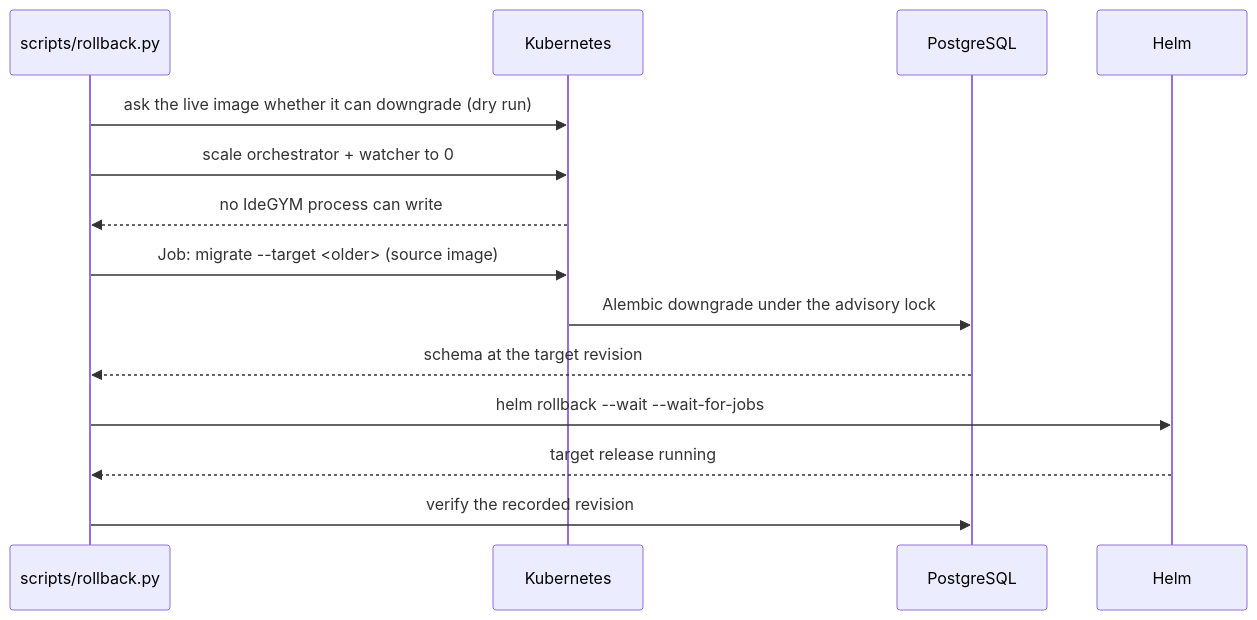
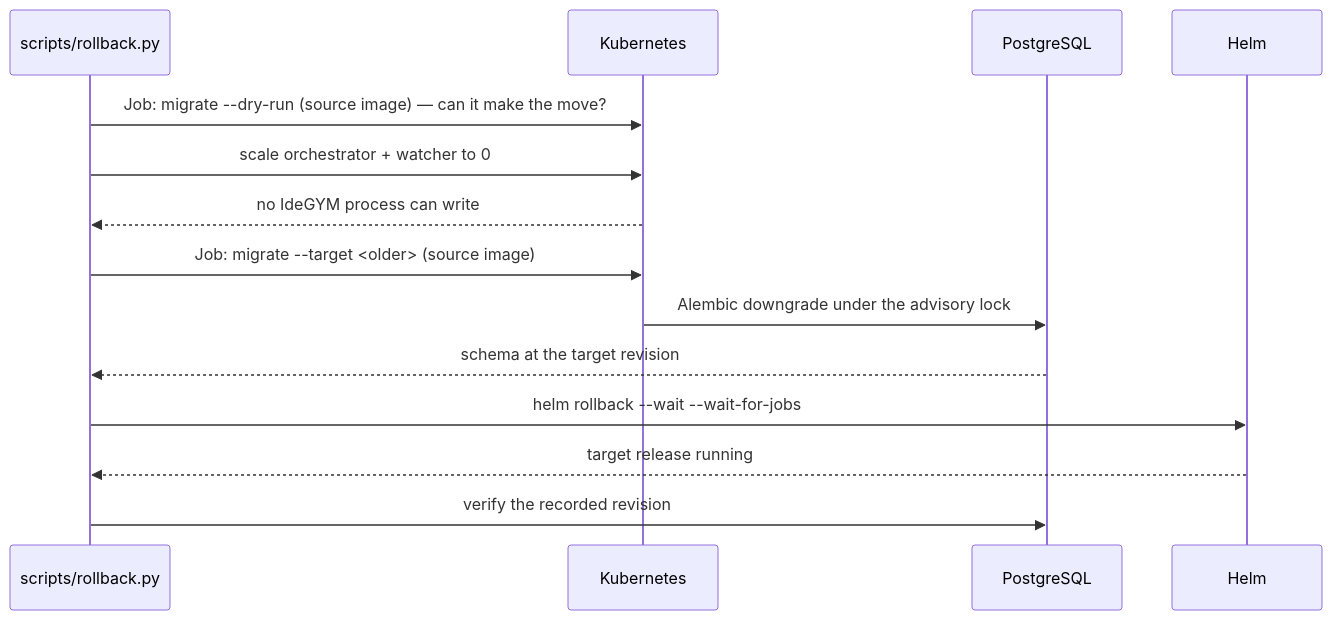
The diagram in website/docs/reference/database_rollback.md (JetBrains-Research/idegym), drawn with Mermaid before and after one commit. The commit also changed other lines of this file and 4 other files, not shown here.

````diff
--- a/website/docs/reference/database_rollback.md
+++ b/website/docs/reference/database_rollback.md
@@ -83,17 +86,17 @@
 ```mermaid
 sequenceDiagram
     participant Op as scripts/rollback.py
     participant K as Kubernetes
     participant DB as PostgreSQL
     participant H as Helm
 
-    Op->>K: ask the live image whether it can downgrade (dry run)
+    Op->>K: Job: migrate --dry-run (source image) — can it make the move?
     Op->>K: scale orchestrator + watcher to 0
     K-->>Op: no IdeGYM process can write
     Op->>K: Job: migrate --target <older> (source image)
     K->>DB: Alembic downgrade under the advisory lock
     DB-->>Op: schema at the target revision
     Op->>H: helm rollback --wait --wait-for-jobs
     H-->>Op: target release running
     Op->>DB: verify the recorded revision
 ```
````
